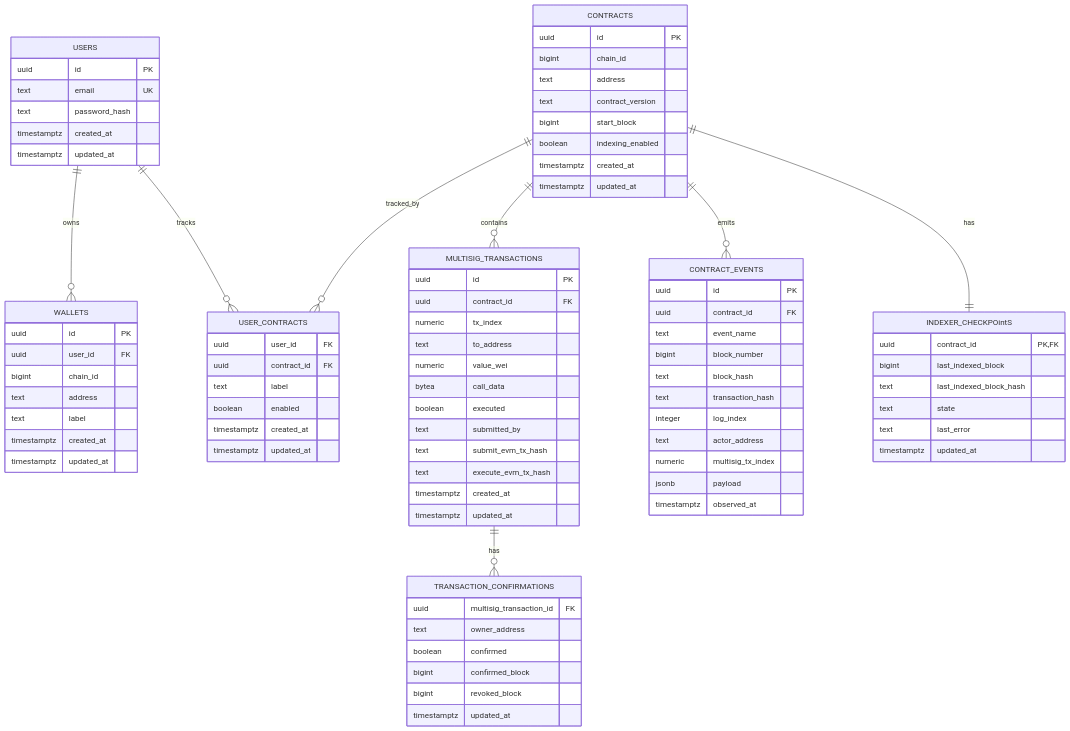
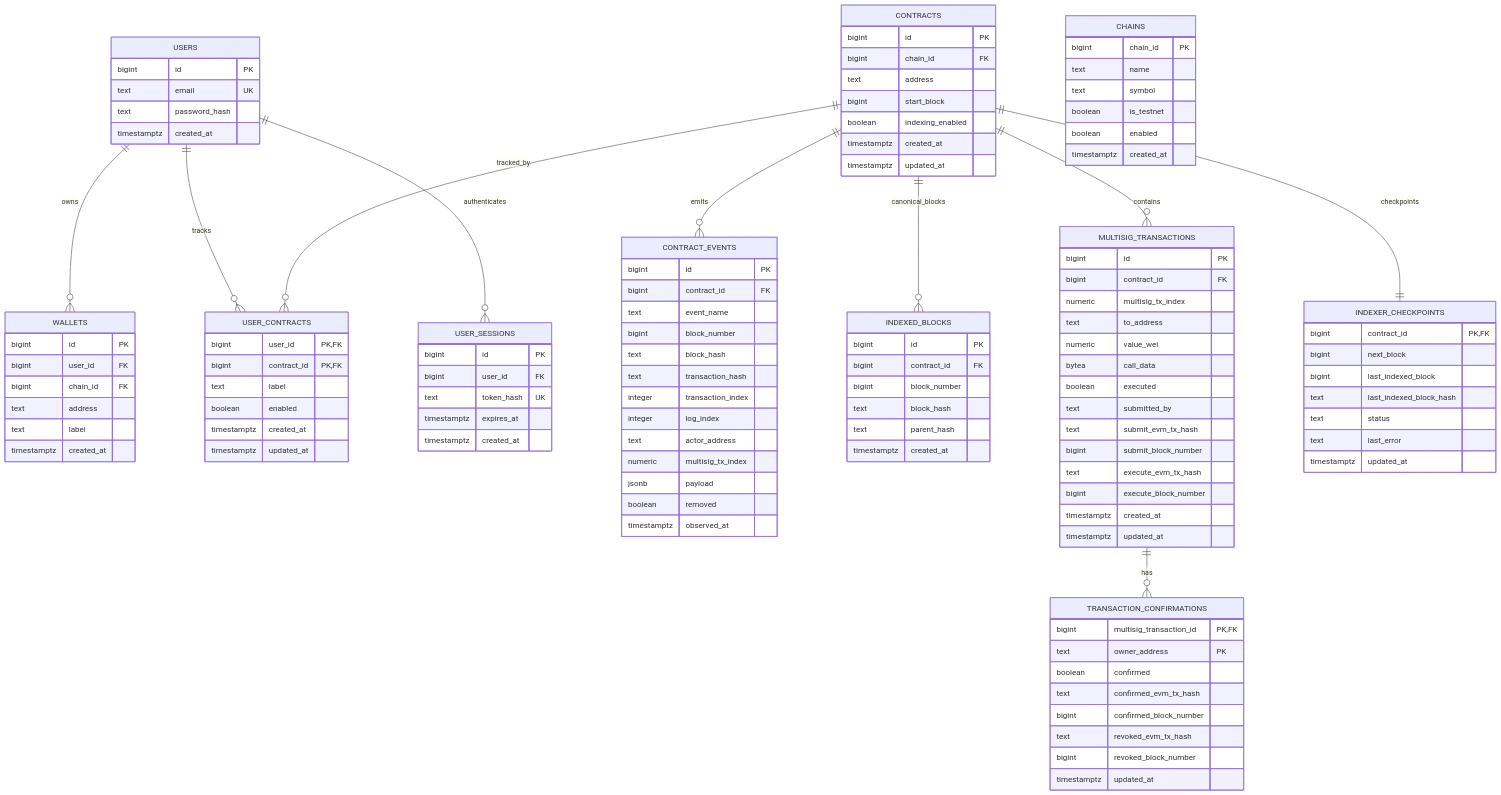
The diagram in docs/database-schema.md (samuraiigintoki/web3-wallet-dashboard), drawn with Mermaid before and after one commit. The commit also changed other lines of this file and 1 other file, not shown here.

First line of the commit message:
docs: reconcile the schema document with migrations 0001 to 0008

```diff
--- a/docs/database-schema.md
+++ b/docs/database-schema.md
@@ -32,35 +35,51 @@
 erDiagram
     USERS ||--o{ WALLETS : owns
     USERS ||--o{ USER_CONTRACTS : tracks
+    USERS ||--o{ USER_SESSIONS : authenticates
     CONTRACTS ||--o{ USER_CONTRACTS : tracked_by
+    CONTRACTS ||--o{ CONTRACT_EVENTS : emits
+    CONTRACTS ||--o{ INDEXED_BLOCKS : canonical_blocks
     CONTRACTS ||--o{ MULTISIG_TRANSACTIONS : contains
+    CONTRACTS ||--|| INDEXER_CHECKPOINTS : checkpoints
     MULTISIG_TRANSACTIONS ||--o{ TRANSACTION_CONFIRMATIONS : has
-    CONTRACTS ||--o{ CONTRACT_EVENTS : emits
-    CONTRACTS ||--|| INDEXER_CHECKPOintS : has
 
     USERS {
-        uuid id PK
+        bigint id PK
         text email UK
         text password_hash
         timestamptz created_at
-        timestamptz updated_at
+    }
+
+    USER_SESSIONS {
+        bigint id PK
+        bigint user_id FK
+        text token_hash UK
+        timestamptz expires_at
+        timestamptz created_at
     }
 
     WALLETS {
-        uuid id PK
-        uuid user_id FK
-        bigint chain_id
+        bigint id PK
+        bigint user_id FK
+        bigint chain_id FK
         text address
         text label
         timestamptz created_at
-        timestamptz updated_at
+    }
+
+    CHAINS {
+        bigint chain_id PK
+        text name
+        text symbol
+        boolean is_testnet
+        boolean enabled
+        timestamptz created_at
     }
 
     CONTRACTS {
-        uuid id PK
-        bigint chain_id
+        bigint id PK
+        bigint chain_id FK
         text address
-        text contract_version
         bigint start_block
         boolean indexing_enabled
         timestamptz created_at
@@ -68,57 +87,73 @@
     }
 
     USER_CONTRACTS {
-        uuid user_id FK
-        uuid contract_id FK
+        bigint user_id PK,FK
+        bigint contract_id PK,FK
         text label
         boolean enabled
         timestamptz created_at
         timestamptz updated_at
     }
 
+    INDEXED_BLOCKS {
+        bigint id PK
+        bigint contract_id FK
+        bigint block_number
+        text block_hash
+        text parent_hash
+        timestamptz created_at
+    }
+
+    CONTRACT_EVENTS {
+        bigint id PK
+        bigint contract_id FK
+        text event_name
+        bigint block_number
+        text block_hash
+        text transaction_hash
+        integer transaction_index
+        integer log_index
+        text actor_address
+        numeric multisig_tx_index
+        jsonb payload
+        boolean removed
+        timestamptz observed_at
+    }
+
     MULTISIG_TRANSACTIONS {
-        uuid id PK
-        uuid contract_id FK
-        numeric tx_index
+        bigint id PK
+        bigint contract_id FK
+        numeric multisig_tx_index
         text to_address
         numeric value_wei
         bytea call_data
         boolean executed
         text submitted_by
         text submit_evm_tx_hash
+        bigint submit_block_number
         text execute_evm_tx_hash
+        bigint execute_block_number
         timestamptz created_at
         timestamptz updated_at
     }
 
     TRANSACTION_CONFIRMATIONS {
-        uuid multisig_transaction_id FK
-        text owner_address
+        bigint multisig_transaction_id PK,FK
+        text owner_address PK
         boolean confirmed
-        bigint confirmed_block
-        bigint revoked_block
+        text confirmed_evm_tx_hash
+        bigint confirmed_block_number
+        text revoked_evm_tx_hash
+        bigint revoked_block_number
         timestamptz updated_at
     }
 
-    CONTRACT_EVENTS {
-        uuid id PK
-        uuid contract_id FK
-        text event_name
-        bigint block_number
-        text block_hash
-        text transaction_hash
-        integer log_index
-        text actor_address
-        numeric multisig_tx_index
-        jsonb payload
-        timestamptz observed_at
-    }
-
-    INDEXER_CHECKPOintS {
-        uuid contract_id PK,FK
+    INDEXER_CHECKPOINTS {
+        bigint contract_id PK,FK
+        bigint next_block
         bigint last_indexed_block
         text last_indexed_block_hash
-        text state
+        text status
         text last_error
         timestamptz updated_at
     }
```
